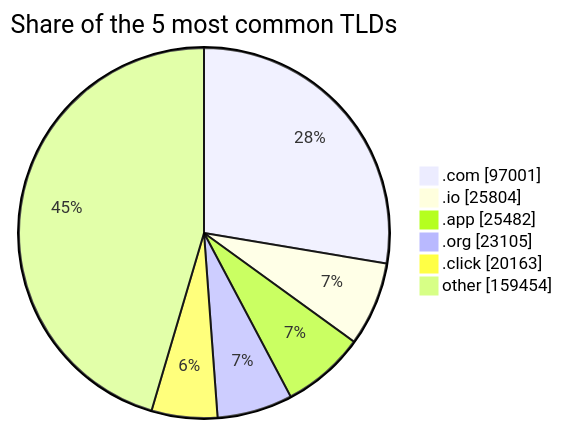
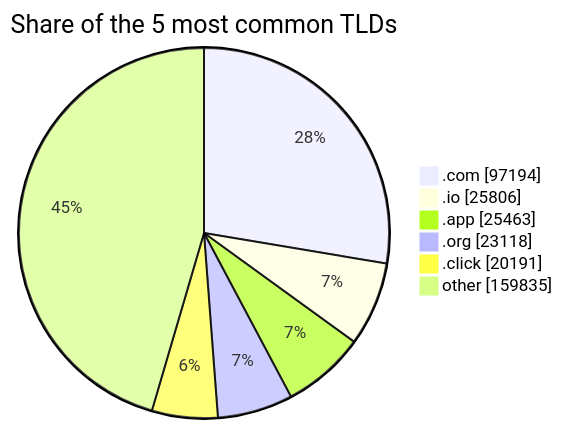
Before and after one commit to DNSBunker/CTI: the third of 3 diagrams in README.md, drawn with Mermaid. The commit also changed other lines of this file and 3 other files, not shown here.

````diff
--- a/README.md
+++ b/README.md
@@ -81,9 +81,9 @@
 ```mermaid
 pie showData title Share of the 5 most common TLDs
-    ".com" : 97001
-    ".io" : 25804
-    ".app" : 25482
-    ".org" : 23105
-    ".click" : 20163
-    "other" : 159454
+    ".com" : 97194
+    ".io" : 25806
+    ".app" : 25463
+    ".org" : 23118
+    ".click" : 20191
+    "other" : 159835
 ```
````
